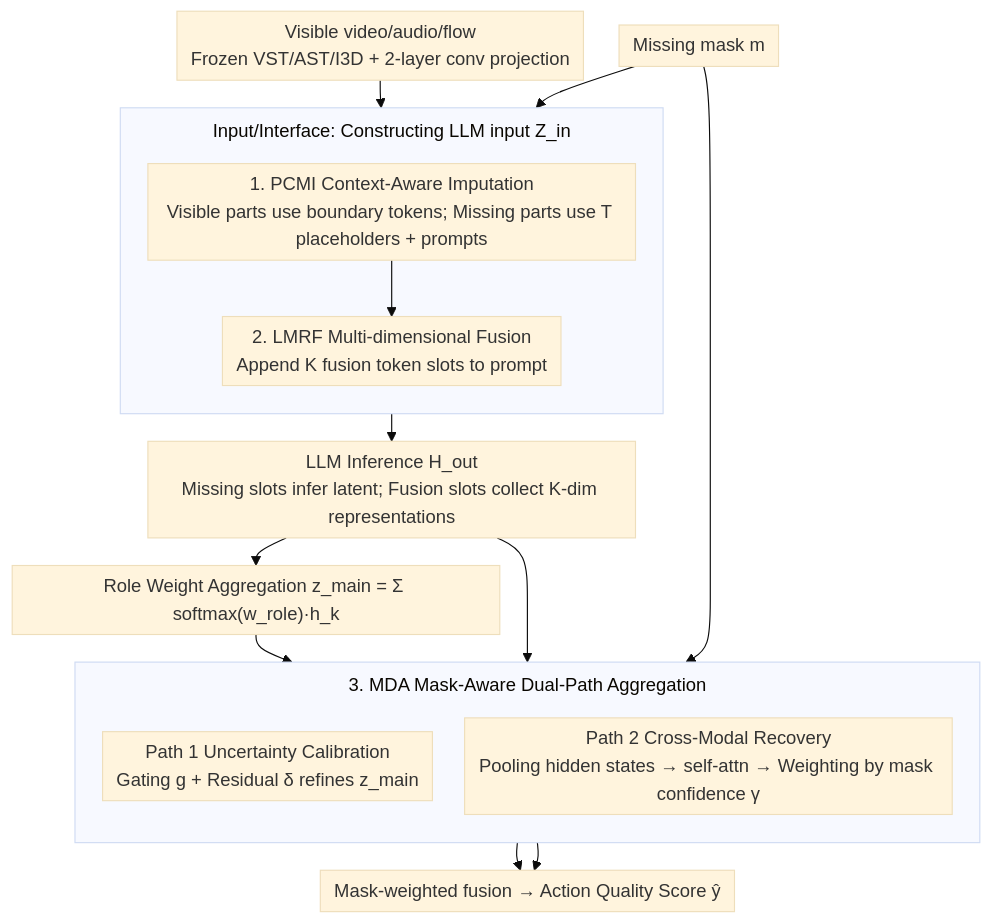
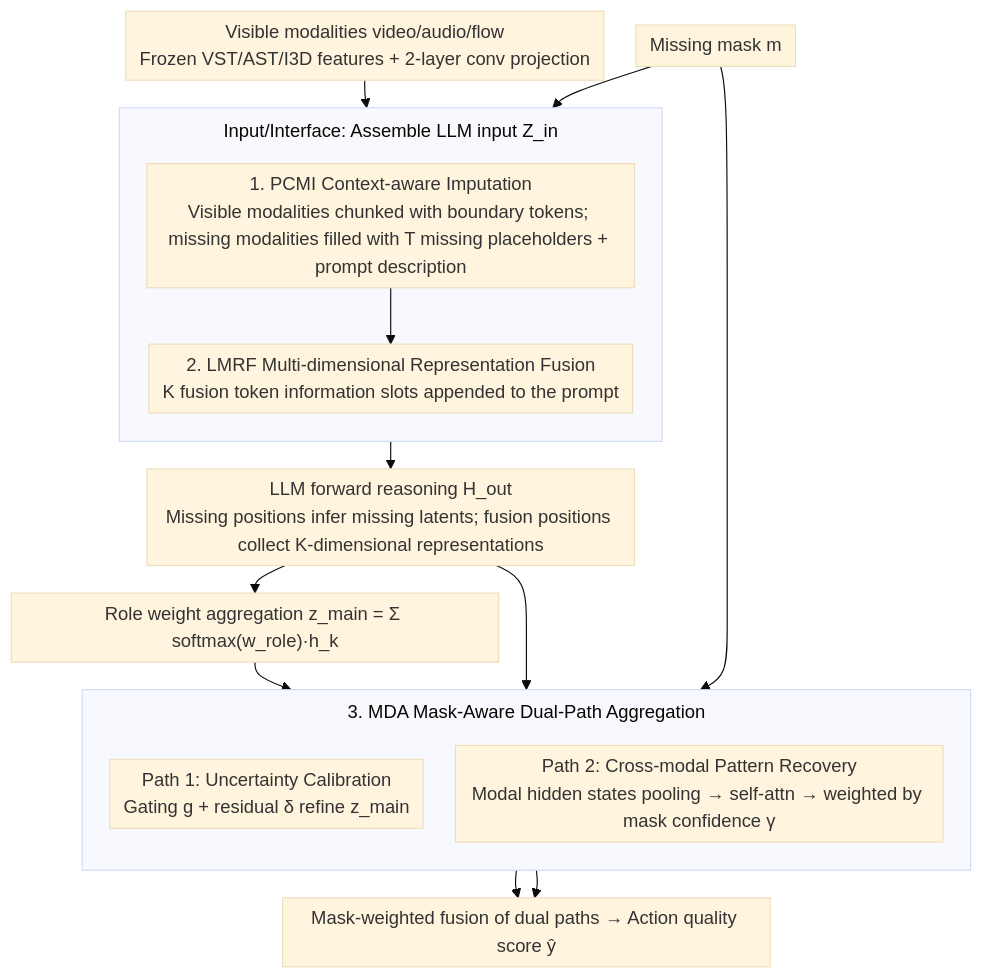
The diagram in docs/ICML2026/vlm_reasoning/limssr_llm-driven_sequence-to-score_reasoning_under_training-time_incomplete_mul.md (zhaoyang97/Paper-Notes-en), drawn with Mermaid (base theme) before and after one commit. The commit also changed other lines of this file and 5084 other files, not shown here.

````diff
--- a/docs/ICML2026/vlm_reasoning/limssr_llm-driven_sequence-to-score_reasoning_under_training-time_incomplete_mul.md
+++ b/docs/ICML2026/vlm_reasoning/limssr_llm-driven_sequence-to-score_reasoning_under_training-time_incomplete_mul.md
@@ -47,26 +47,26 @@
 ```mermaid
 %%{init: {'flowchart': {'rankSpacing': 24, 'nodeSpacing': 28, 'padding': 6, 'wrappingWidth': 400, 'subGraphTitleMargin': {'top': 8, 'bottom': 16}}}}%%
 flowchart TD
-    A["Visible video/audio/flow<br/>Frozen VST/AST/I3D + 2-layer conv projection"]
+    A["Visible modalities video/audio/flow<br/>Frozen VST/AST/I3D features + 2-layer conv projection"]
     M["Missing mask m"]
-    subgraph IN["Input/Interface: Constructing LLM input Z_in"]
+    subgraph IN["Input/Interface: Assemble LLM input Z_in"]
         direction TB
-        B["1. PCMI Context-Aware Imputation<br/>Visible parts use boundary tokens; Missing parts use T placeholders + prompts"]
-        C["2. LMRF Multi-dimensional Fusion<br/>Append K fusion token slots to prompt"]
+        B["1. PCMI Context-aware Imputation<br/>Visible modalities chunked with boundary tokens; missing modalities filled with T missing placeholders + prompt description"]
+        C["2. LMRF Multi-dimensional Representation Fusion<br/>K fusion token information slots appended to the prompt"]
         B --> C
     end
     A --> B
     M --> B
-    C --> D["LLM Inference H_out<br/>Missing slots infer latent; Fusion slots collect K-dim representations"]
-    D --> E["Role Weight Aggregation z_main = Σ softmax(w_role)·h_k"]
+    C --> D["LLM forward reasoning H_out<br/>Missing positions infer missing latents; fusion positions collect K-dimensional representations"]
+    D --> E["Role weight aggregation z_main = Σ softmax(w_role)·h_k"]
     subgraph MDA["3. MDA Mask-Aware Dual-Path Aggregation"]
         direction TB
-        F["Path 1 Uncertainty Calibration<br/>Gating g + Residual δ refines z_main"]
-        G["Path 2 Cross-Modal Recovery<br/>Pooling hidden states → self-attn → Weighting by mask confidence γ"]
+        F["Path 1: Uncertainty Calibration<br/>Gating g + residual δ refine z_main"]
+        G["Path 2: Cross-modal Pattern Recovery<br/>Modal hidden states pooling → self-attn → weighted by mask confidence γ"]
     end
     E --> F
     D --> G
     M --> G
-    F --> O["Mask-weighted fusion → Action Quality Score ŷ"]
+    F --> O["Mask-weighted fusion of dual paths → Action quality score ŷ"]
     G --> O
 ```
````
